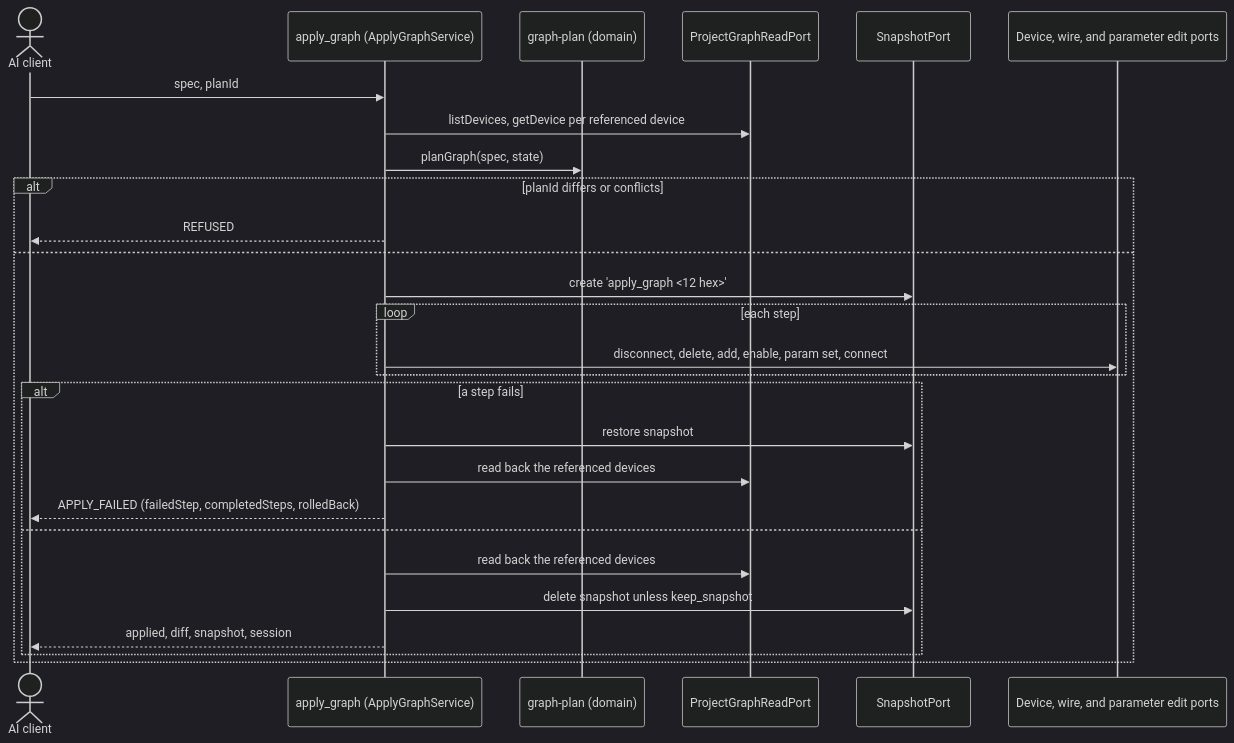
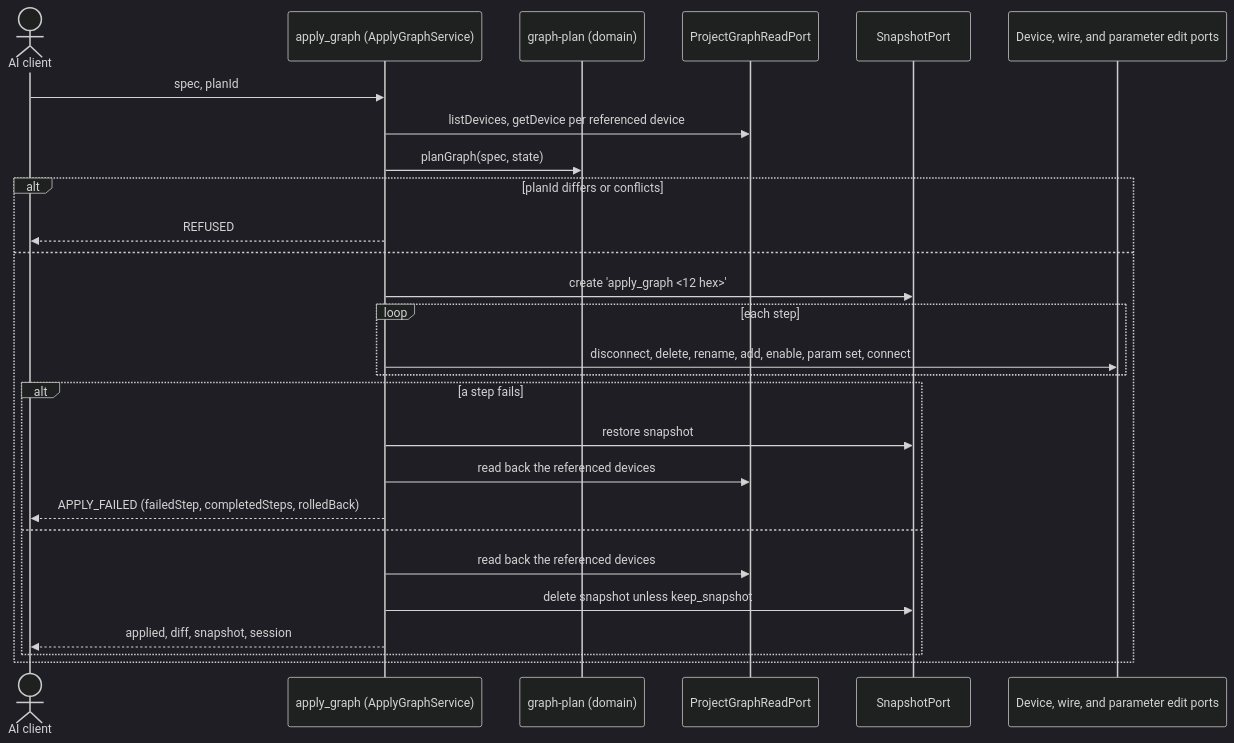
The diagram in docs/superpowers/specs/2026-10-06-worldmachine-mcp-v3-design.md (pveeckhout/worldmachine-mcp), drawn with Mermaid (dark theme) before and after one commit. The commit also changed other lines of this file, not shown here.

Commit message:
docs(spec): add renames through the graph spec as v3 revision 7

````diff
--- a/docs/superpowers/specs/2026-10-06-worldmachine-mcp-v3-design.md
+++ b/docs/superpowers/specs/2026-10-06-worldmachine-mcp-v3-design.md
@@ -190,29 +202,29 @@
 ```mermaid
 sequenceDiagram
   actor AI as AI client
   participant A as apply_graph (ApplyGraphService)
   participant D as graph-plan (domain)
   participant R as ProjectGraphReadPort
   participant S as SnapshotPort
   participant E as Device, wire, and parameter edit ports
   AI->>A: spec, planId
   A->>R: listDevices, getDevice per referenced device
   A->>D: planGraph(spec, state)
   alt planId differs or conflicts
     A-->>AI: REFUSED
   else
     A->>S: create 'apply_graph <12 hex>'
     loop each step
-      A->>E: disconnect, delete, add, enable, param set, connect
+      A->>E: disconnect, delete, rename, add, enable, param set, connect
     end
     alt a step fails
       A->>S: restore snapshot
       A->>R: read back the referenced devices
       A-->>AI: APPLY_FAILED (failedStep, completedSteps, rolledBack)
     else
       A->>R: read back the referenced devices
       A->>S: delete snapshot unless keep_snapshot
       A-->>AI: applied, diff, snapshot, session
     end
   end
 ```
````
